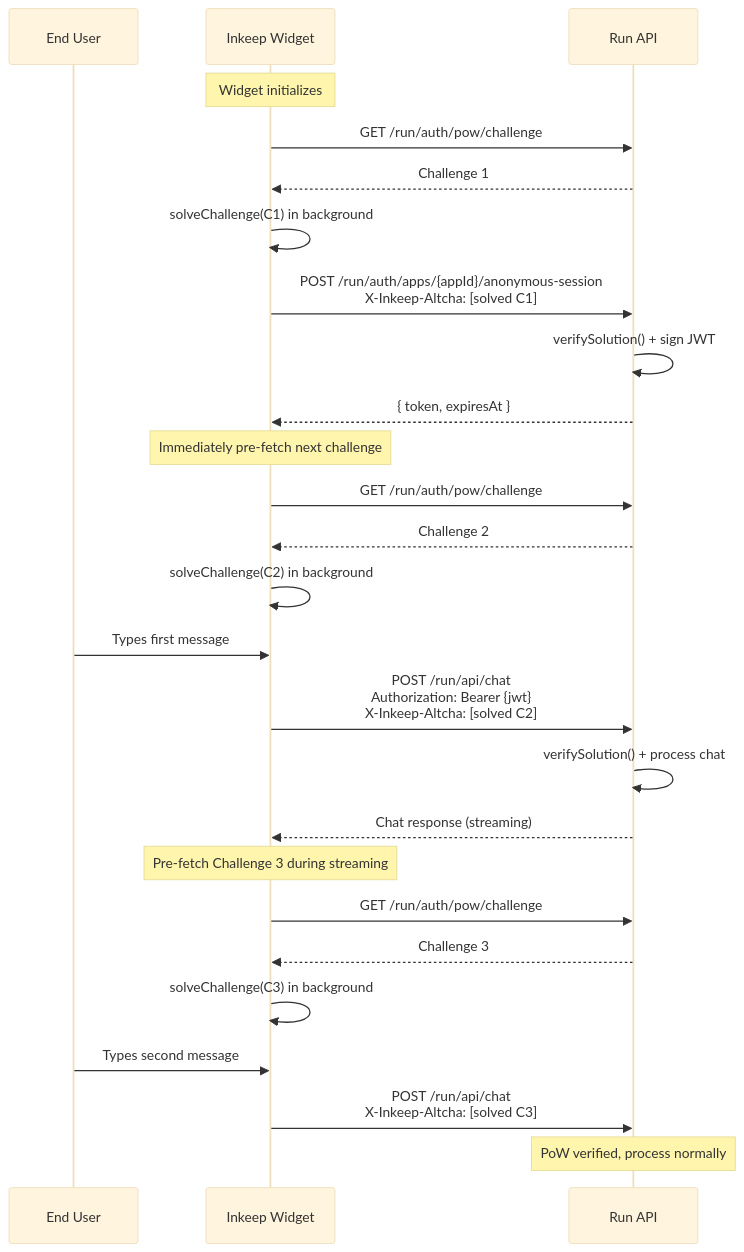
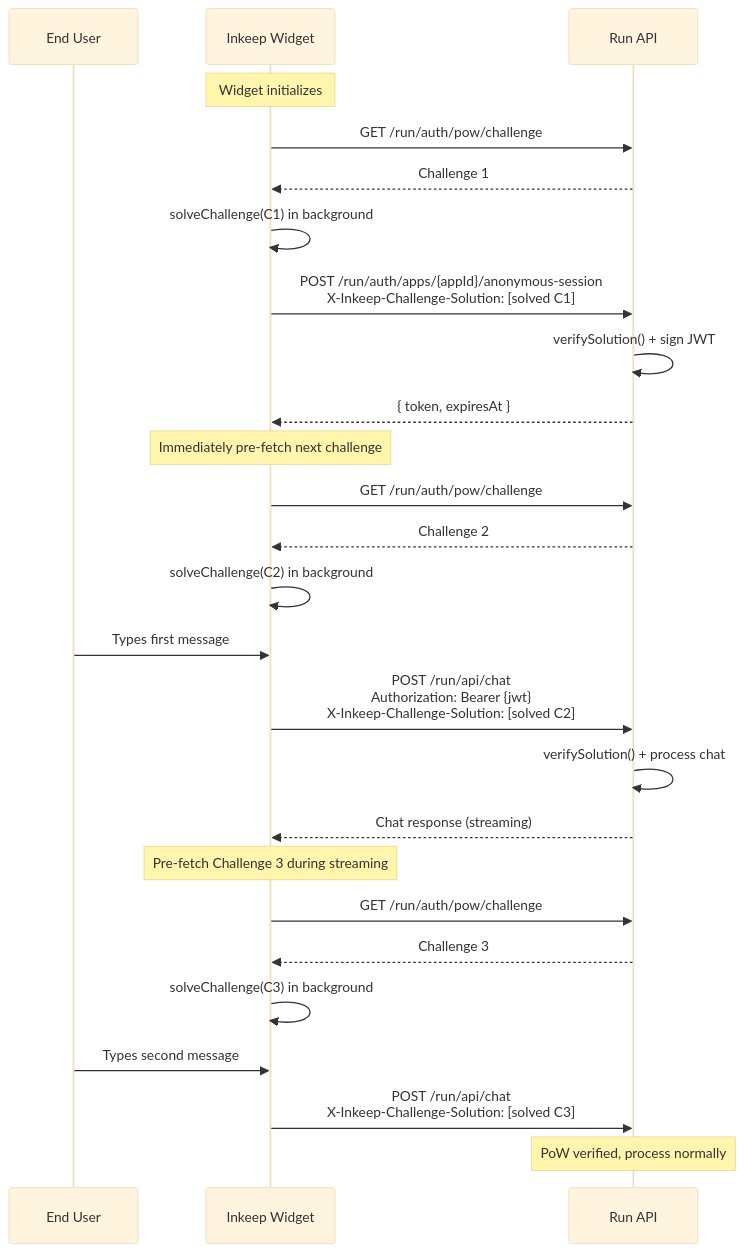
The diagram in specs/2026-03-06-altcha-pow/SPEC.md (inkeep/agents), drawn with Mermaid (base theme) before and after one commit. The commit also changed other lines of this file and 8 other files, not shown here.

First line of the commit message:
Rename X-Inkeep-Altcha header to X-Inkeep-Challenge-Solution

````diff
--- a/specs/2026-03-06-altcha-pow/SPEC.md
+++ b/specs/2026-03-06-altcha-pow/SPEC.md
@@ -316,35 +316,35 @@
 ```mermaid
 sequenceDiagram
     participant U as End User
     participant W as Inkeep Widget
     participant API as Run API
 
     Note over W: Widget initializes
     W->>API: GET /run/auth/pow/challenge
     API-->>W: Challenge 1
 
     W->>W: solveChallenge(C1) in background
 
-    W->>API: POST /run/auth/apps/{appId}/anonymous-session<br/>X-Inkeep-Altcha: [solved C1]
+    W->>API: POST /run/auth/apps/{appId}/anonymous-session<br/>X-Inkeep-Challenge-Solution: [solved C1]
     API->>API: verifySolution() + sign JWT
     API-->>W: { token, expiresAt }
 
     Note over W: Immediately pre-fetch next challenge
     W->>API: GET /run/auth/pow/challenge
     API-->>W: Challenge 2
     W->>W: solveChallenge(C2) in background
 
     U->>W: Types first message
-    W->>API: POST /run/api/chat<br/>Authorization: Bearer {jwt}<br/>X-Inkeep-Altcha: [solved C2]
+    W->>API: POST /run/api/chat<br/>Authorization: Bearer {jwt}<br/>X-Inkeep-Challenge-Solution: [solved C2]
     API->>API: verifySolution() + process chat
     API-->>W: Chat response (streaming)
 
     Note over W: Pre-fetch Challenge 3 during streaming
     W->>API: GET /run/auth/pow/challenge
     API-->>W: Challenge 3
     W->>W: solveChallenge(C3) in background
 
     U->>W: Types second message
-    W->>API: POST /run/api/chat<br/>X-Inkeep-Altcha: [solved C3]
+    W->>API: POST /run/api/chat<br/>X-Inkeep-Challenge-Solution: [solved C3]
     Note over API: PoW verified, process normally
 ```
````
